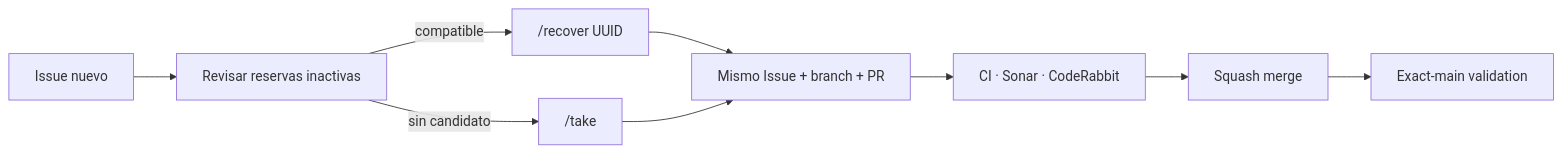
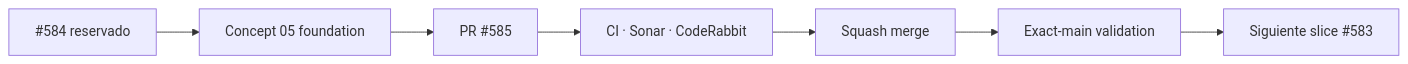
Before and after one commit to pl0n3r/brvtal: the diagram in README.md, drawn with Mermaid. The commit also changed other lines of this file and 9 other files, not shown here.

First line of the commit message:
design: Concept 05 foundation — tokens, frames, textures (v0.1.25) (#585)

````diff
--- a/README.md
+++ b/README.md
@@ -51,11 +48,9 @@
 ```mermaid
 flowchart LR
- Q["Issue nuevo"] --> S["Revisar reservas inactivas"]
- S -->|compatible| R["/recover UUID"]
- S -->|sin candidato| T["/take"]
- R --> O["Mismo Issue + branch + PR"]
- T --> O
- O --> C["CI · Sonar · CodeRabbit"]
+ I["#584 reservado"] --> F["Concept 05 foundation"]
+ F --> P["PR #585"]
+ P --> C["CI · Sonar · CodeRabbit"]
  C --> M["Squash merge"]
  M --> X["Exact-main validation"]
+ X --> N["Siguiente slice #583"]
 ```
````
